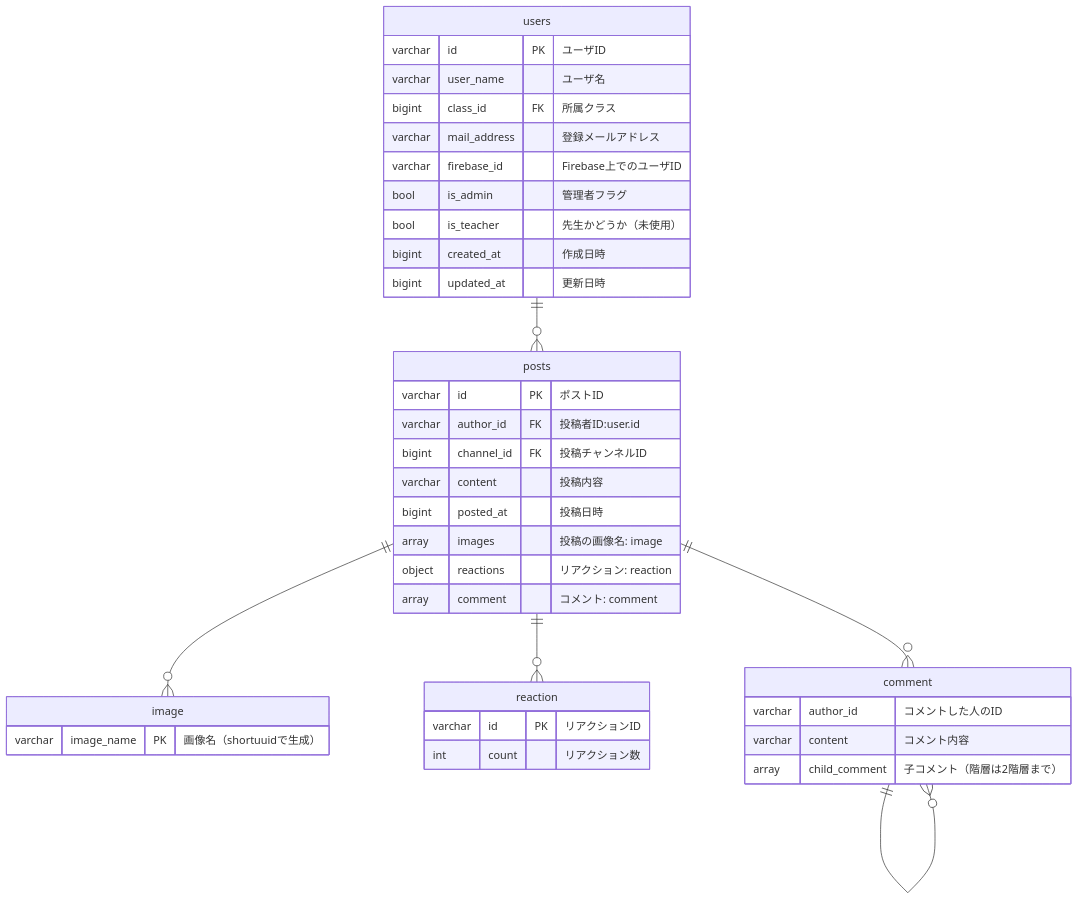
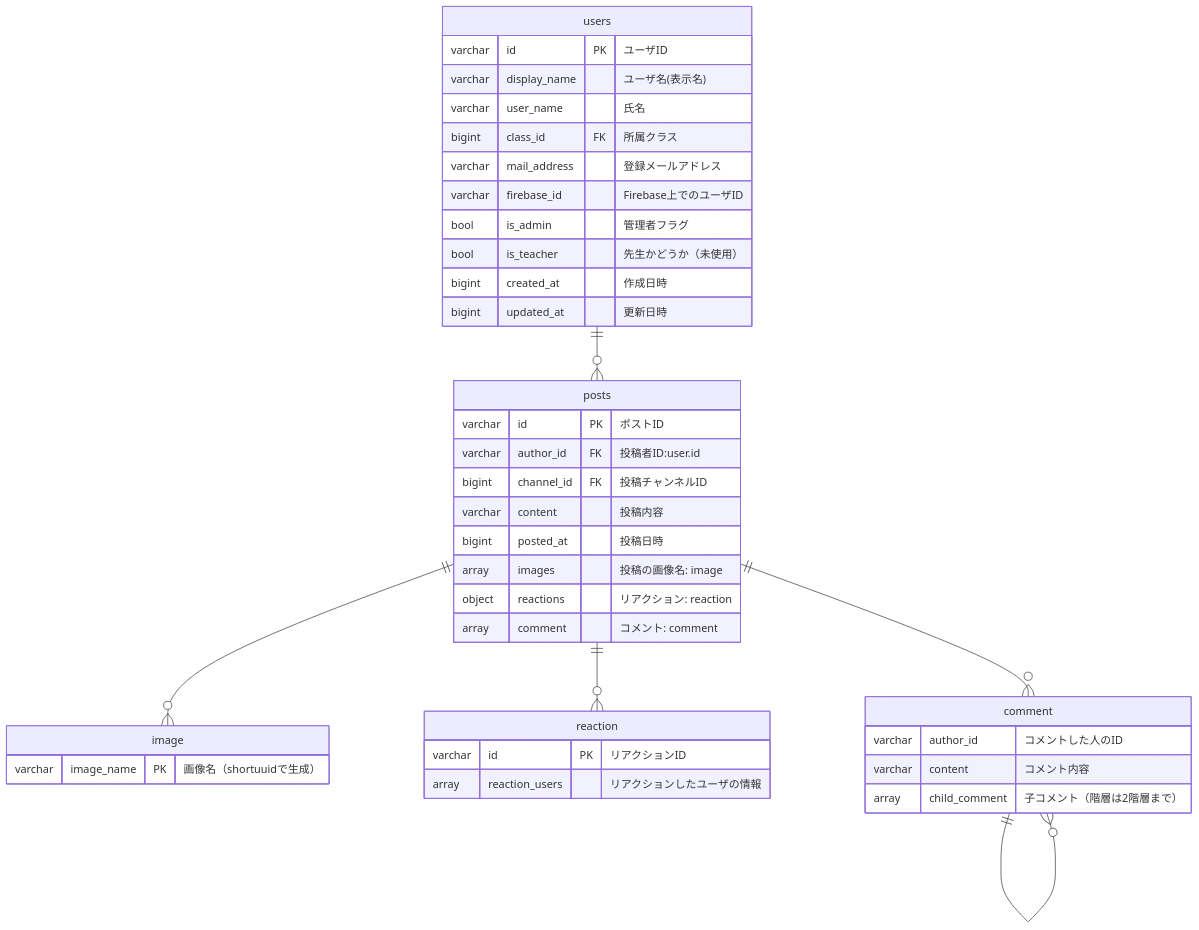
One commit to mochi-yu/kns23-catch-up changed the diagram in document/DB.md. Above: the diagram before and after it, drawn with Mermaid.

Commit message:
fix: #1 DBの構成を一部修正

````diff
--- a/document/DB.md
+++ b/document/DB.md
@@ -9,55 +9,56 @@
 ```mermaid
 
 %% ユーザー
 erDiagram
   %% モデル
   users {
     varchar id PK "ユーザID"
-    varchar user_name "ユーザ名"
+    varchar display_name "ユーザ名(表示名)"
+    varchar user_name "氏名"
     bigint class_id FK "所属クラス"
     varchar mail_address "登録メールアドレス"
     varchar firebase_id "Firebase上でのユーザID"
 
     bool is_admin "管理者フラグ"
     bool is_teacher "先生かどうか（未使用）"
 
     bigint created_at "作成日時"
     bigint updated_at "更新日時"
   }
 
   posts {
     varchar id PK "ポストID"
     varchar author_id FK "投稿者ID:user.id"
     bigint channel_id FK "投稿チャンネルID"
 
     varchar content "投稿内容"
     bigint posted_at "投稿日時"
 
     array images "投稿の画像名: image"
     object reactions "リアクション: reaction"
     array comment "コメント: comment"
   }
 
   image {
     varchar image_name PK "画像名（shortuuidで生成）"
   }
 
   reaction {
     varchar id PK "リアクションID"
-    int count "リアクション数"
+    array reaction_users "リアクションしたユーザの情報"
   }
 
   comment {
     varchar author_id "コメントした人のID"
     varchar content "コメント内容"
     array child_comment "子コメント（階層は2階層まで）"
   }
 
   %% 関係性
   users ||--o{ posts : ""
   posts ||--o{ image: ""
   posts ||--o{ reaction: ""
   posts ||--o{ comment: ""
   comment ||--o{ comment: ""
 
 ```
````
